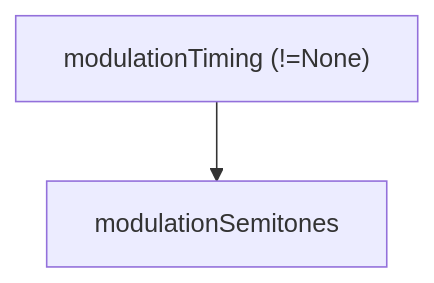
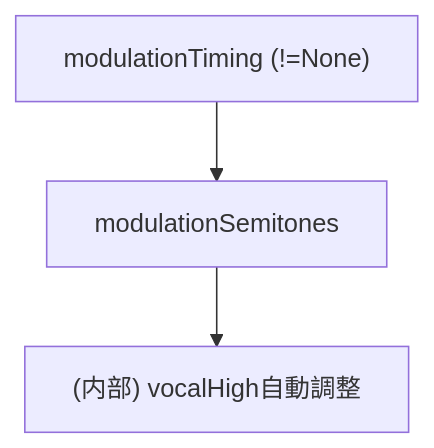
One commit to libraz/midi-sketch-homepage changed the fifth of 10 diagrams in src/ja/docs/option-relationships.md. Above: the diagram before and after it, drawn with Mermaid. The commit also changed other lines of this file and 16 other files, not shown here.

````diff
--- a/src/ja/docs/option-relationships.md
+++ b/src/ja/docs/option-relationships.md
@@ -81,4 +84,5 @@
 ```mermaid
 graph TD
     modulationTiming["modulationTiming (!=None)"] --> modulationSemitones
+    modulationSemitones --> vocalHighAdjust["(内部) vocalHigh自動調整"]
 ```
````
